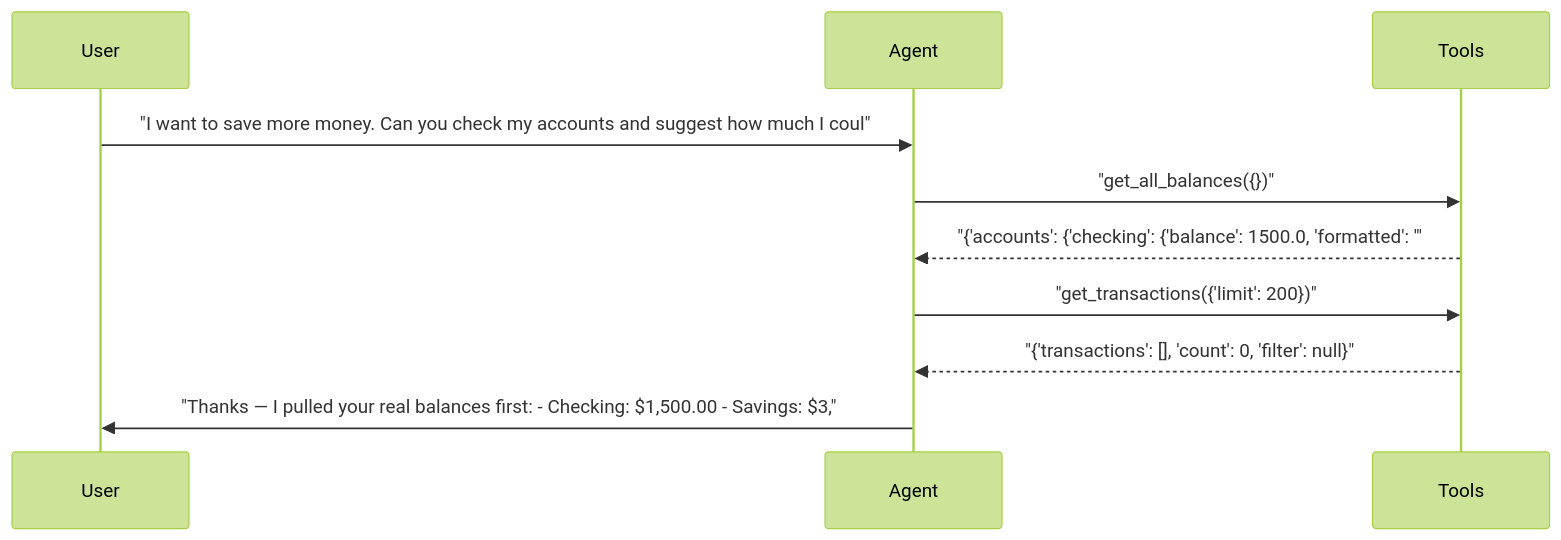
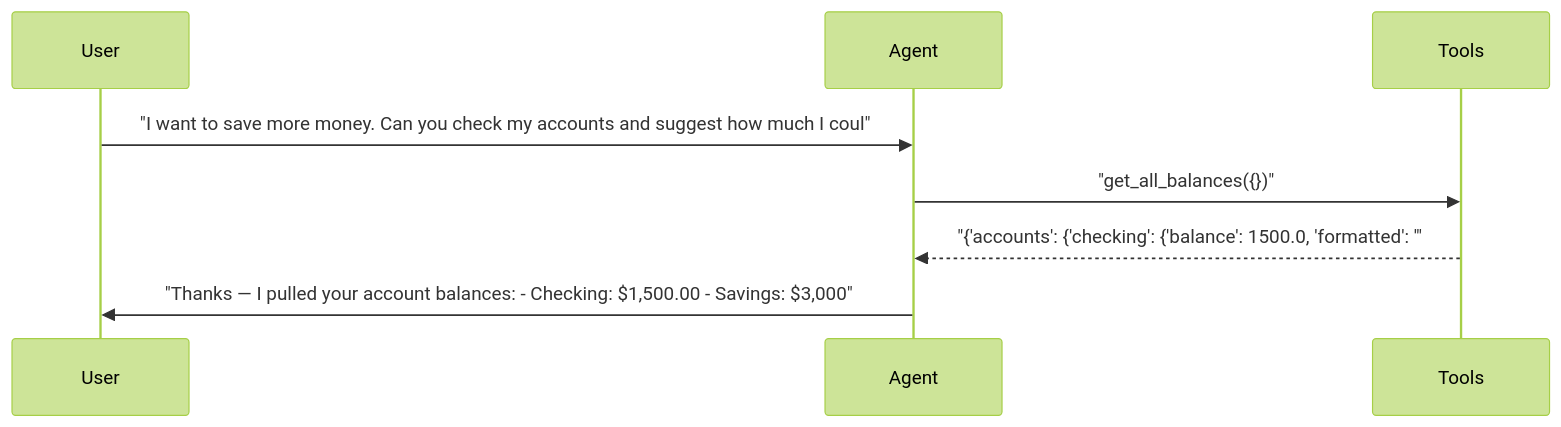
Diagram 11 of 24 in docs/demo/hero-report.md (sbroenne/pytest-aitest), drawn with Mermaid (forest theme) before and after one commit. The commit also changed other lines of this file and 34 other files, not shown here.

````diff
--- a/docs/demo/hero-report.md
+++ b/docs/demo/hero-report.md
@@ -661,13 +634,11 @@
 ```mermaid
 sequenceDiagram
     participant User
     participant Agent
     participant Tools
 
     User->>Agent: "I want to save more money. Can you check my accounts and suggest how much I coul"
     Agent->>Tools: "get_all_balances({})"
     Tools-->>Agent: "{'accounts': {'checking': {'balance': 1500.0, 'formatted': '"
-    Agent->>Tools: "get_transactions({'limit': 200})"
-    Tools-->>Agent: "{'transactions': [], 'count': 0, 'filter': null}"
-    Agent->>User: "Thanks — I pulled your real balances first: - Checking: $1,500.00 - Savings: $3,"
+    Agent->>User: "Thanks — I pulled your account balances: - Checking: $1,500.00 - Savings: $3,000"
 ```
````
